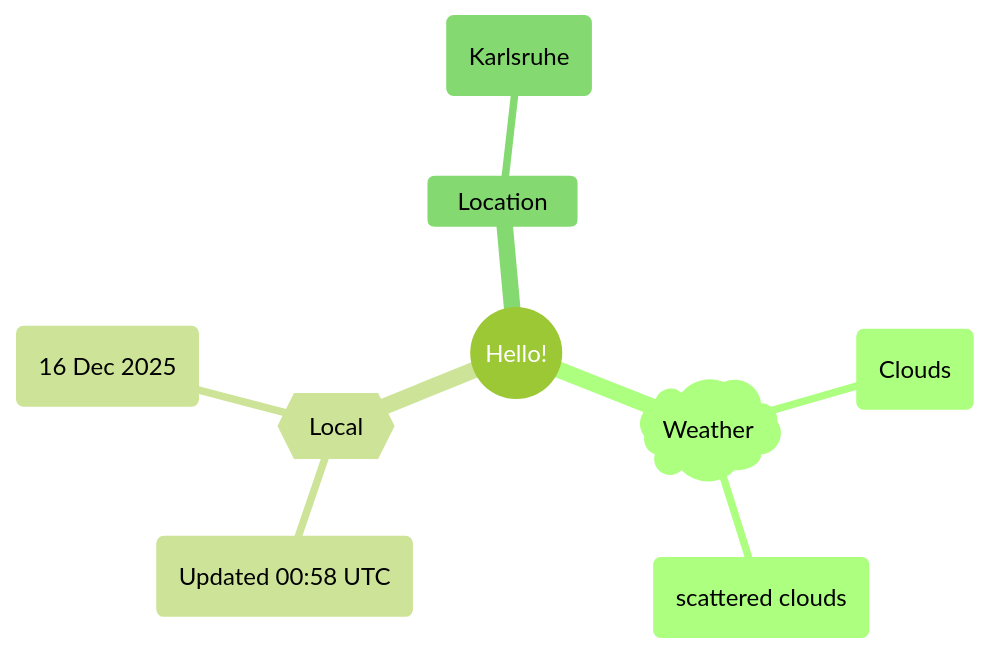
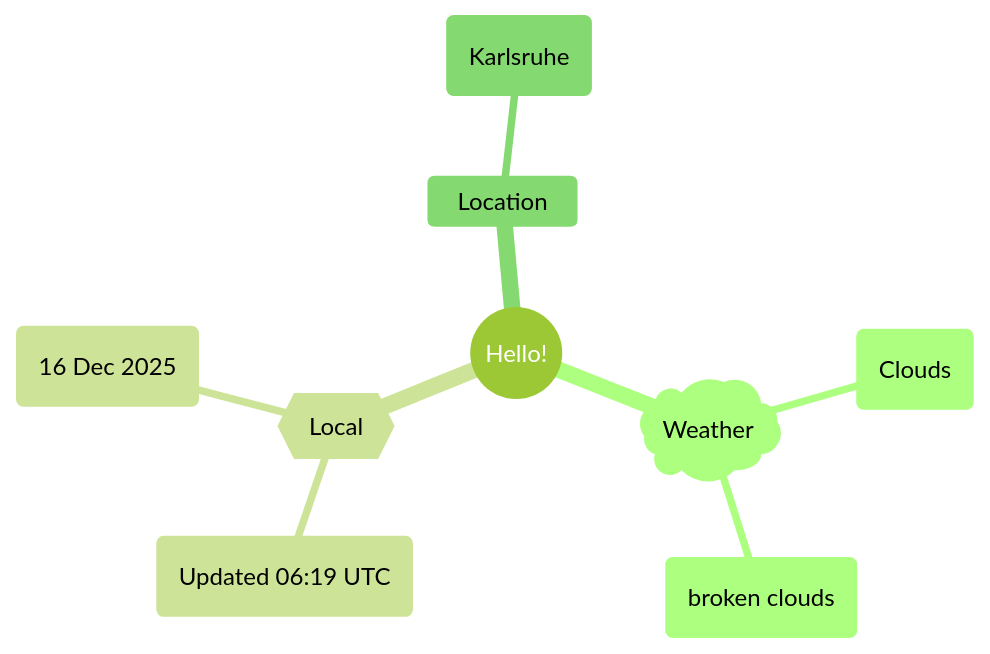
The first of 2 diagrams in README.md (Xosrov/Xosrov), drawn with Mermaid (forest theme) before and after one commit.

Commit message:
[bot] updated images

````diff
--- a/README.md
+++ b/README.md
@@ -3,12 +3,12 @@
 ```mermaid
 mindmap
   root((Hello!))
     )Weather(
         (Clouds)
-        (scattered clouds)
+        (broken clouds)
     {{Local}}
-        (Updated 00:58 UTC)
+        (Updated 06:19 UTC)
         (16 Dec 2025)
     Location
         (Karlsruhe)
 ```
````
